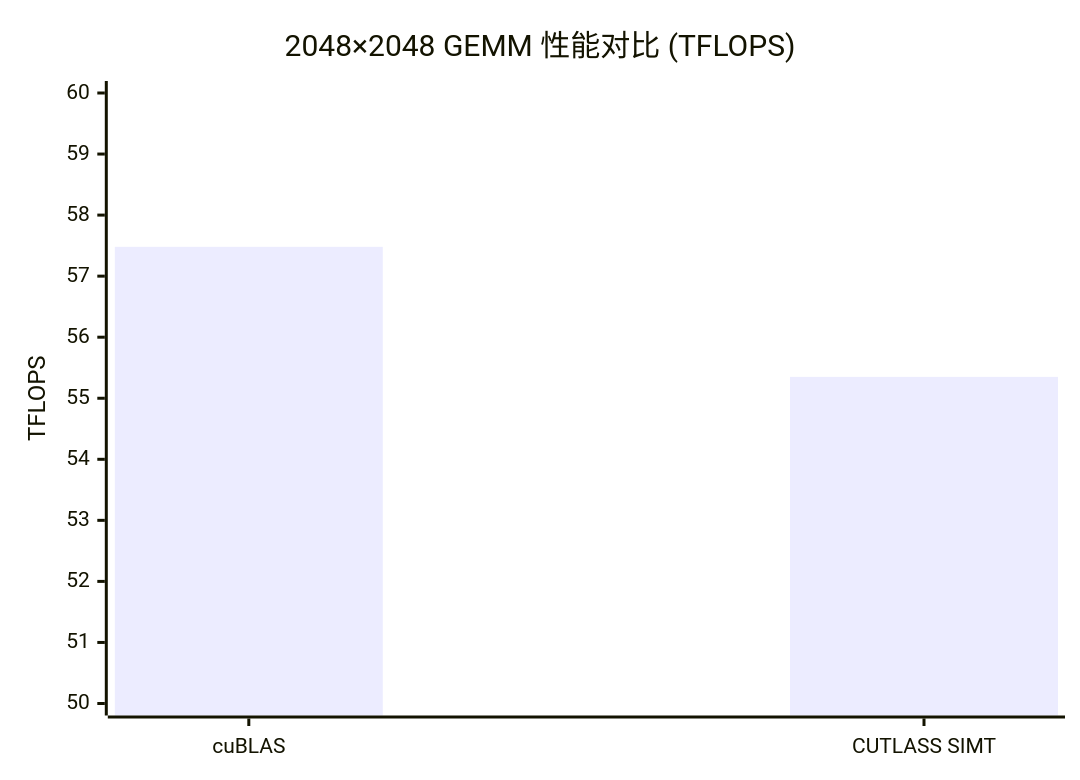
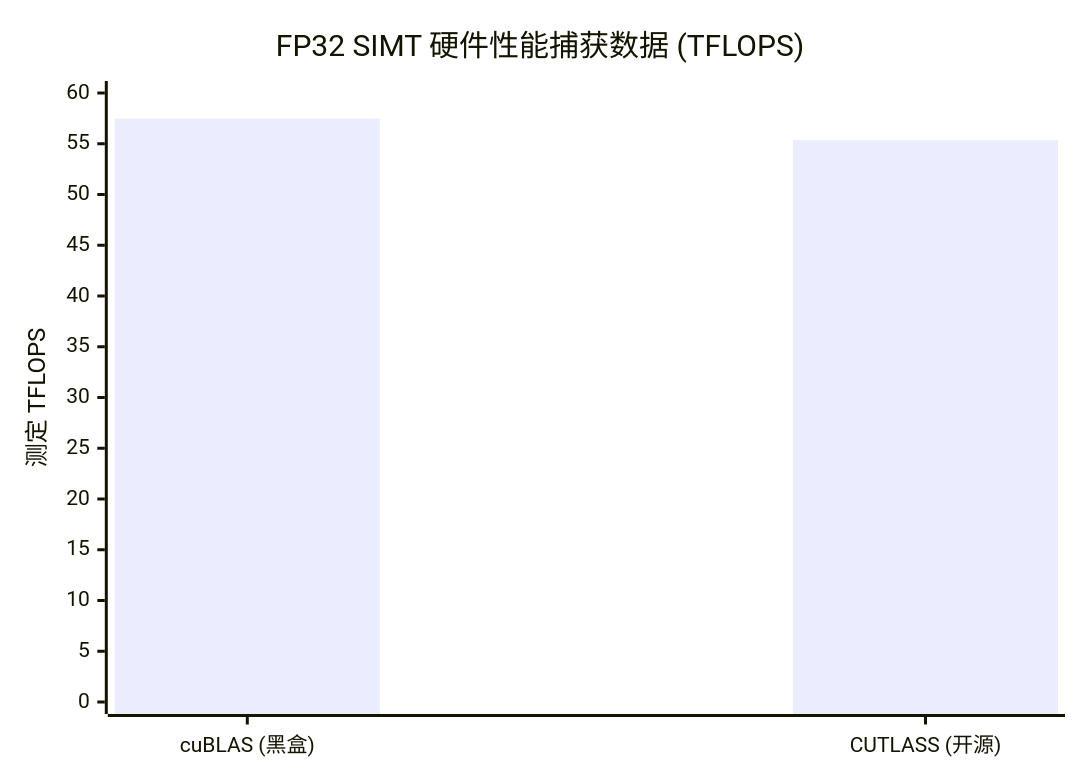
The second of 2 diagrams in Blogs/14_CUTLASS_TemplateGEMM_CuTe.md (psmarter/CUDA-Practice), drawn with Mermaid before and after one commit. The commit also changed other lines of this file and 14 other files, not shown here.

````diff
--- a/Blogs/14_CUTLASS_TemplateGEMM_CuTe.md
+++ b/Blogs/14_CUTLASS_TemplateGEMM_CuTe.md
@@ -156,7 +109,7 @@
 ```mermaid
 xychart-beta
-  title "2048×2048 GEMM 性能对比 (TFLOPS)"
-  x-axis ["cuBLAS", "CUTLASS SIMT"]
-  y-axis "TFLOPS" 50 --> 60
-  bar [57.48, 55.35]
+    title "FP32 SIMT 硬件性能捕获数据 (TFLOPS)"
+    x-axis ["cuBLAS (黑盒)", "CUTLASS (开源)"]
+    y-axis "测定 TFLOPS" 0 --> 60
+    bar [57.48, 55.35]
 ```
````
